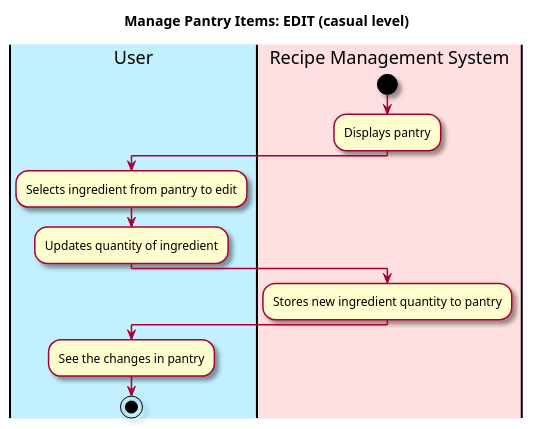
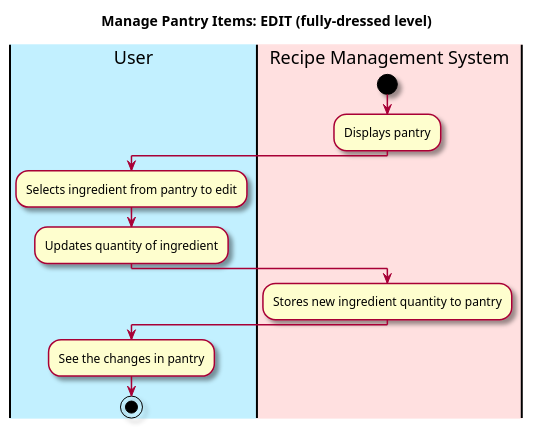
One commit to berthashipper/Pantry-Pal-Android-Application changed the third of 8 diagrams in intellij/doc/use-cases/manage_pantry.md. Above: the diagram before and after it, drawn with PlantUML. The commit also changed other lines of this file and 3 other files, not shown here.

````diff
--- a/intellij/doc/use-cases/manage_pantry.md
+++ b/intellij/doc/use-cases/manage_pantry.md
@@ -97,28 +97,28 @@
 ```plantuml
 @startuml
 
 skin rose
 
-title  Manage Pantry Items: EDIT (casual level)
+title  Manage Pantry Items: EDIT (fully-dressed level)
 
 'define the lanes
 |#application|User|
 |#implementation|Recipe Management System|
 
 |Recipe Management System|
 start
 :Displays pantry;
 |User|
 :Selects ingredient from pantry to edit;
 :Updates quantity of ingredient;
 
 |Recipe Management System|
 
 :Stores new ingredient quantity to pantry;
 
 |User|
 :See the changes in pantry;
 
 stop
 @enduml
 ```
````
